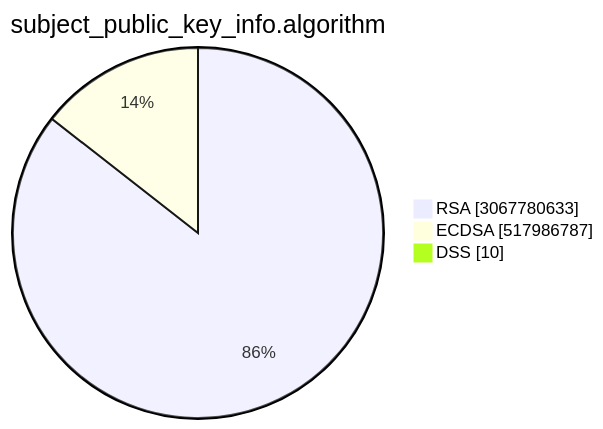
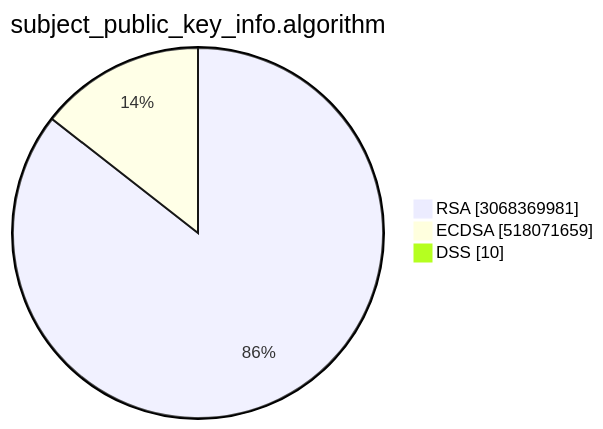
One commit to christiankrug/ctmonitor_visualization changed the second of 15 diagrams in TOTAL/README.md. Above: the diagram before and after it, drawn with Mermaid. The commit also changed other lines of this file, not shown here.

````diff
--- a/TOTAL/README.md
+++ b/TOTAL/README.md
@@ -6,7 +6,7 @@
 ```mermaid
 pie showData
 title subject_public_key_info.algorithm
-"RSA" :3067780633
-"ECDSA" :517986787
+"RSA" :3068369981
+"ECDSA" :518071659
 "DSS" :10
 ```
````
